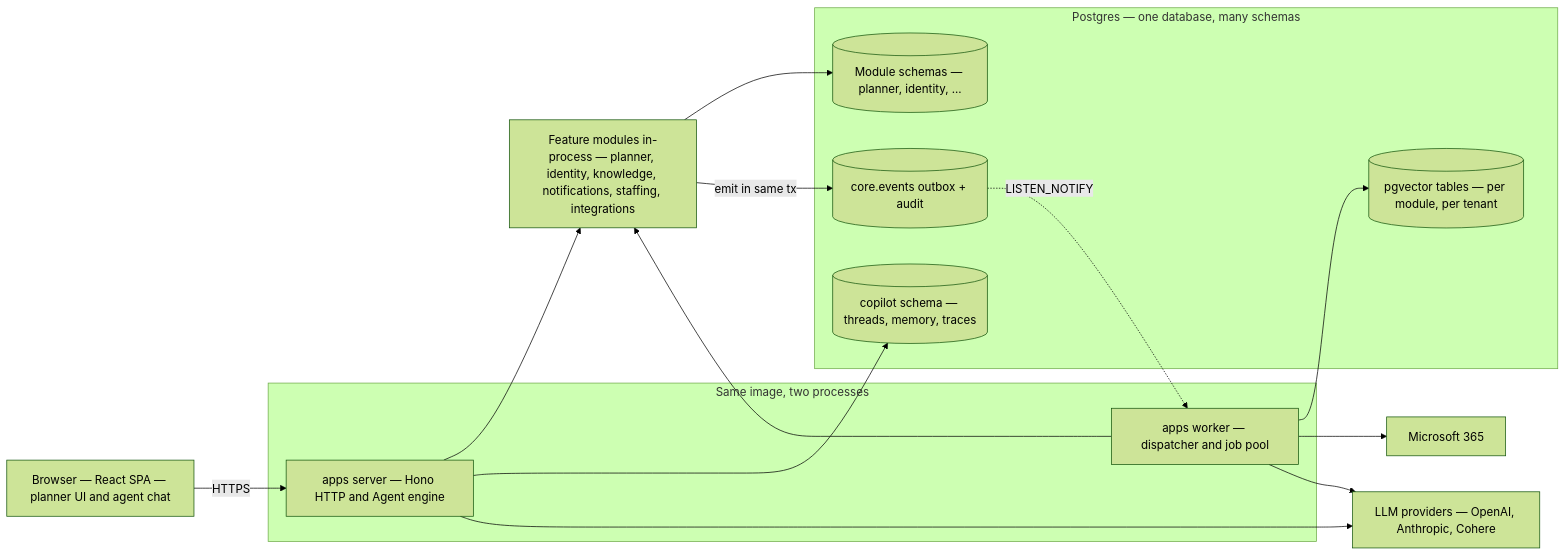
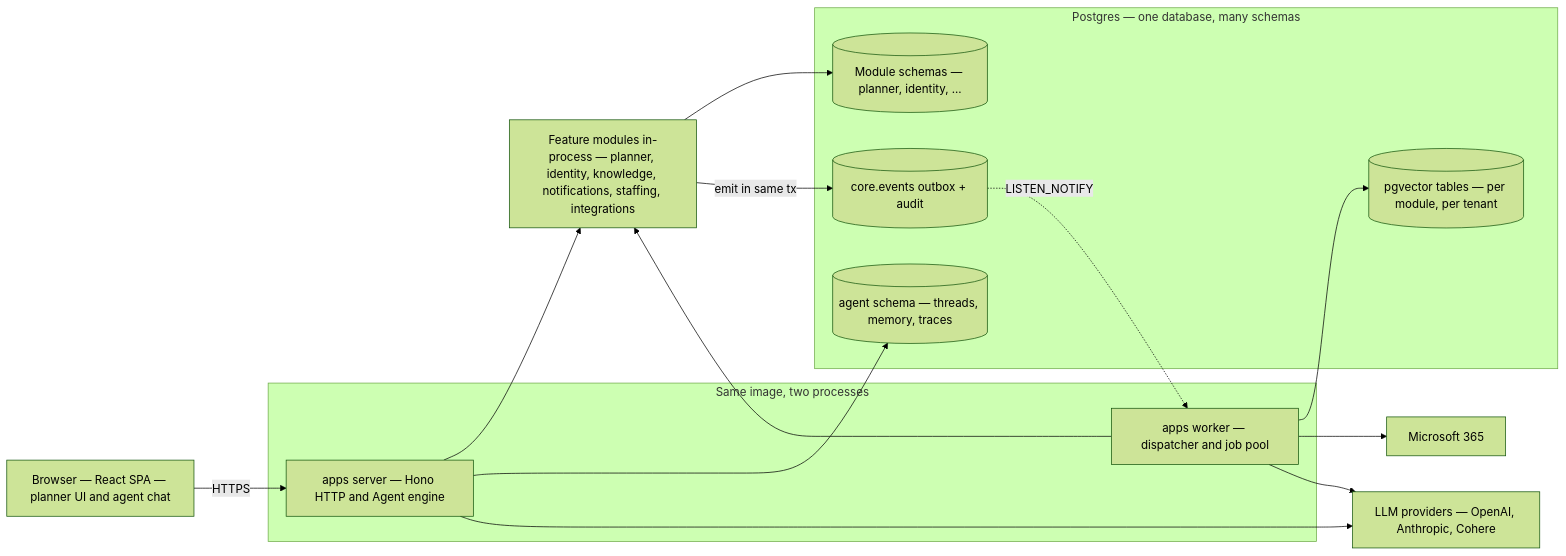
One commit to Seta-International/agent-platform changed the first of 8 diagrams in docs/architecture.md. Above: the diagram before and after it, drawn with Mermaid (forest theme). The commit also changed 34 other files, not shown here.

First line of the commit message:
fix: replace all remaining copilot references with agent across repo

````diff
--- a/docs/architecture.md
+++ b/docs/architecture.md
@@ -13,33 +13,33 @@
 ```mermaid
 flowchart LR
     Browser[Browser — React SPA — planner UI and agent chat]
 
     subgraph Runtime[Same image, two processes]
       Server[apps server — Hono HTTP and Agent engine]
       Worker[apps worker — dispatcher and job pool]
     end
 
     Modules[Feature modules in-process — planner, identity, knowledge, notifications, staffing, integrations]
 
     subgraph PG[Postgres — one database, many schemas]
       ModSchemas[(Module schemas — planner, identity, ...)]
       Outbox[(core.events outbox + audit)]
       Vec[(pgvector tables — per module, per tenant)]
-      Cop[(copilot schema — threads, memory, traces)]
+      Cop[(agent schema — threads, memory, traces)]
     end
 
     LLM[LLM providers — OpenAI, Anthropic, Cohere]
     M365[Microsoft 365]
 
     Browser -->|HTTPS| Server
     Server --> Modules
     Modules --> ModSchemas
     Modules -->|emit in same tx| Outbox
     Outbox -.->|LISTEN_NOTIFY| Worker
     Worker --> Modules
     Worker --> Vec
     Worker --> M365
     Server --> Cop
     Server --> LLM
     Worker --> LLM
 ```
````
